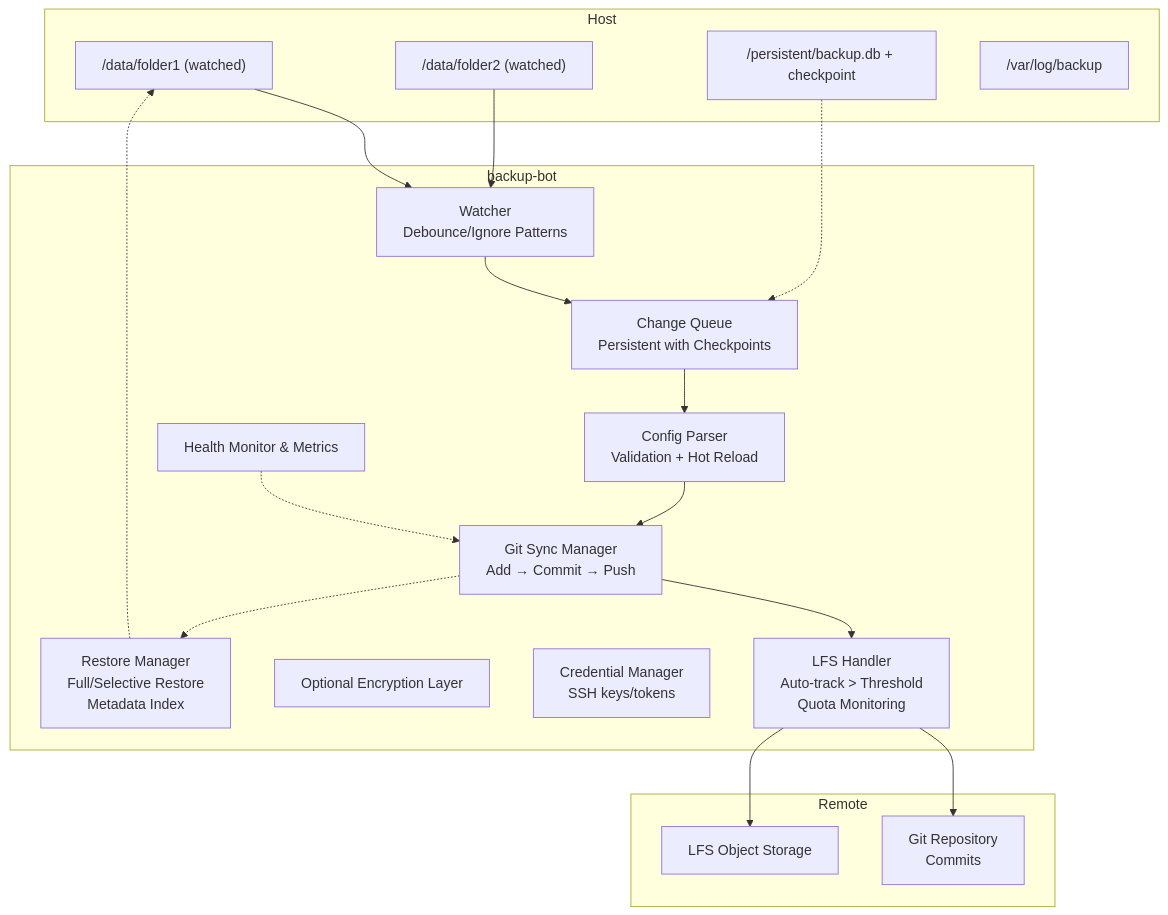
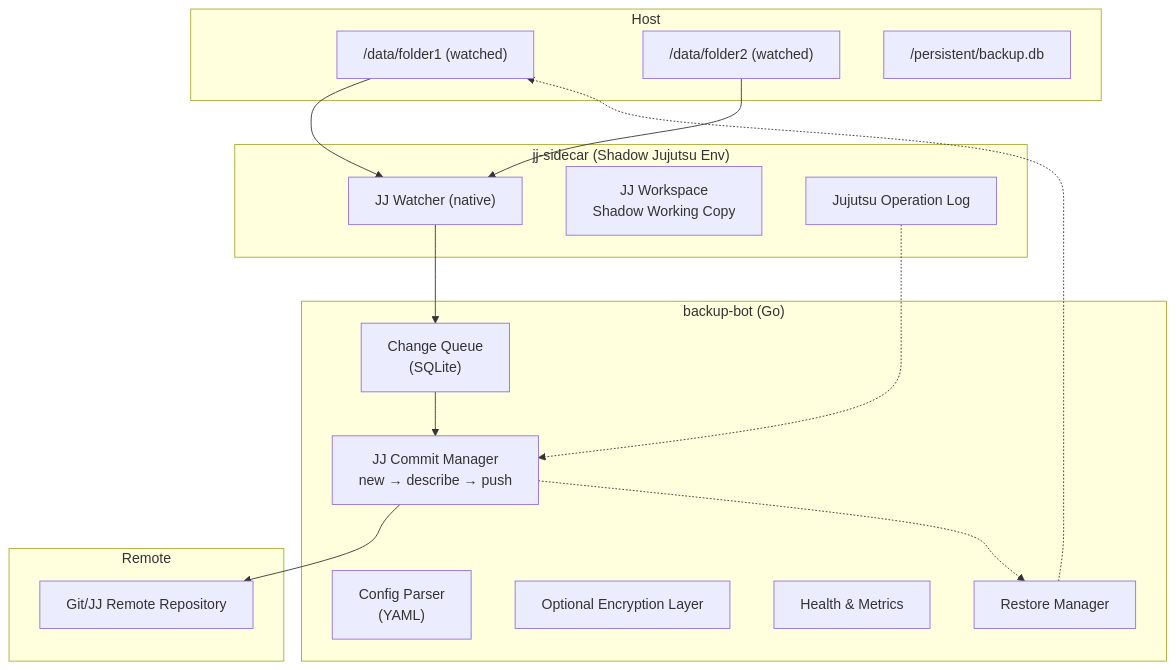
Before and after one commit to yumin-chen/git-backup-bot: the diagram in docs/technical/specs/tsd-000-automated-backup-system.md, drawn with Mermaid. The commit also changed other lines of this file and 4 other files, not shown here.

````diff
--- a/docs/technical/specs/tsd-000-automated-backup-system.md
+++ b/docs/technical/specs/tsd-000-automated-backup-system.md
@@ -261,39 +239,37 @@
 ```mermaid
 graph TB
+
 subgraph Host
 F1["/data/folder1 (watched)"]
 F2["/data/folder2 (watched)"]
-State["/persistent/backup.db + checkpoint"]
-Logs["/var/log/backup"]
+State["/persistent/backup.db"]
 end
 
-subgraph Container["backup-bot"]
-Watcher["Watcher\nDebounce/Ignore Patterns"]
-Queue["Change Queue\nPersistent with Checkpoints"]
-Config["Config Parser\nValidation + Hot Reload"]
-GitSync["Git Sync Manager\nAdd → Commit → Push"]
-LFS["LFS Handler\nAuto-track > Threshold\nQuota Monitoring"]
-Encryption["Optional Encryption Layer"]
-Credential["Credential Manager\nSSH keys/tokens"]
-Health["Health Monitor & Metrics"]
-Restore["Restore Manager\nFull/Selective Restore\nMetadata Index"]
+subgraph JJ-Sidecar["jj-sidecar (Shadow Jujutsu Env)"]
+JJWatcher["JJ Watcher (native)"]
+JJWC["JJ Workspace\nShadow Working Copy"]
+JJOps["Jujutsu Operation Log"]
+end
+
+subgraph BackupBot["backup-bot (Go)"]
+Queue["Change Queue\n(SQLite)"]
+Config["Config Parser\n(YAML)"]
+JJCommit["JJ Commit Manager\nnew → describe → push"]
+Encrypt["Optional Encryption Layer"]
+Health["Health & Metrics"]
+Restore["Restore Manager"]
 end
 
 subgraph Remote
-Repo["Git Repository\nCommits"]
-LFSStore["LFS Object Storage"]
+Repo["Git/JJ Remote Repository"]
 end
 
-F1 --> Watcher
-F2 --> Watcher
-State -.-> Queue
-Watcher --> Queue
-Queue --> Config
-Config --> GitSync
-GitSync --> LFS
-LFS --> Repo
-LFS --> LFSStore
-GitSync -.-> Restore
+F1 --> JJWatcher
+F2 --> JJWatcher
+JJWatcher --> Queue
+Queue --> JJCommit
+JJCommit --> Repo
+JJCommit -.-> Restore
 Restore -.-> F1
-Health -.-> GitSync
+JJOps -.-> JJCommit
 ```
````
